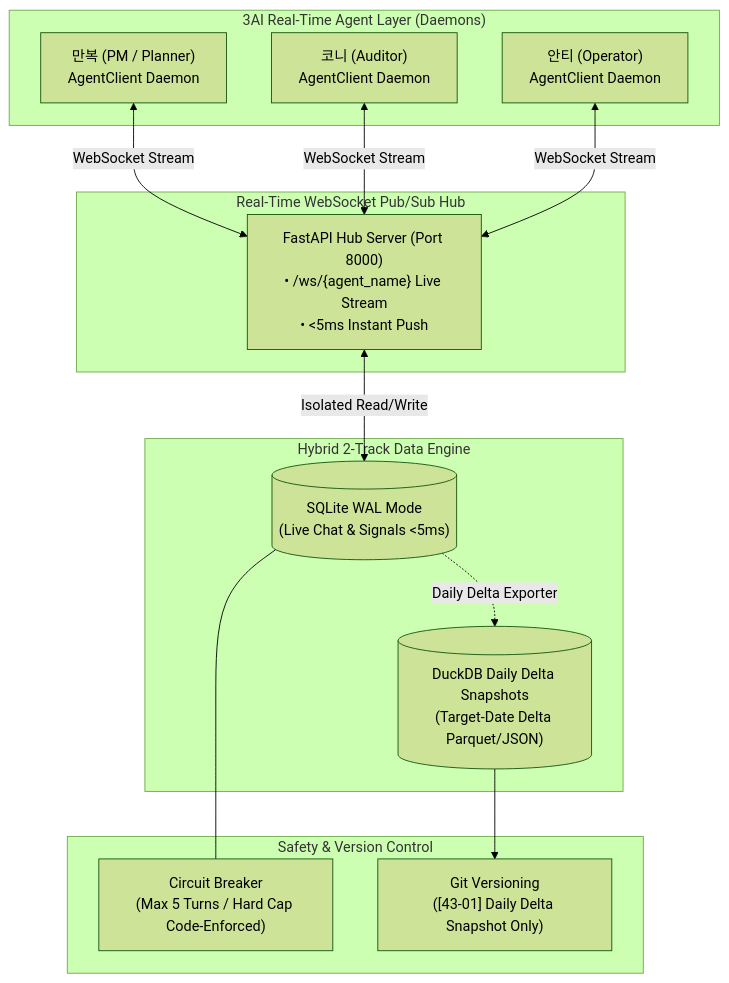
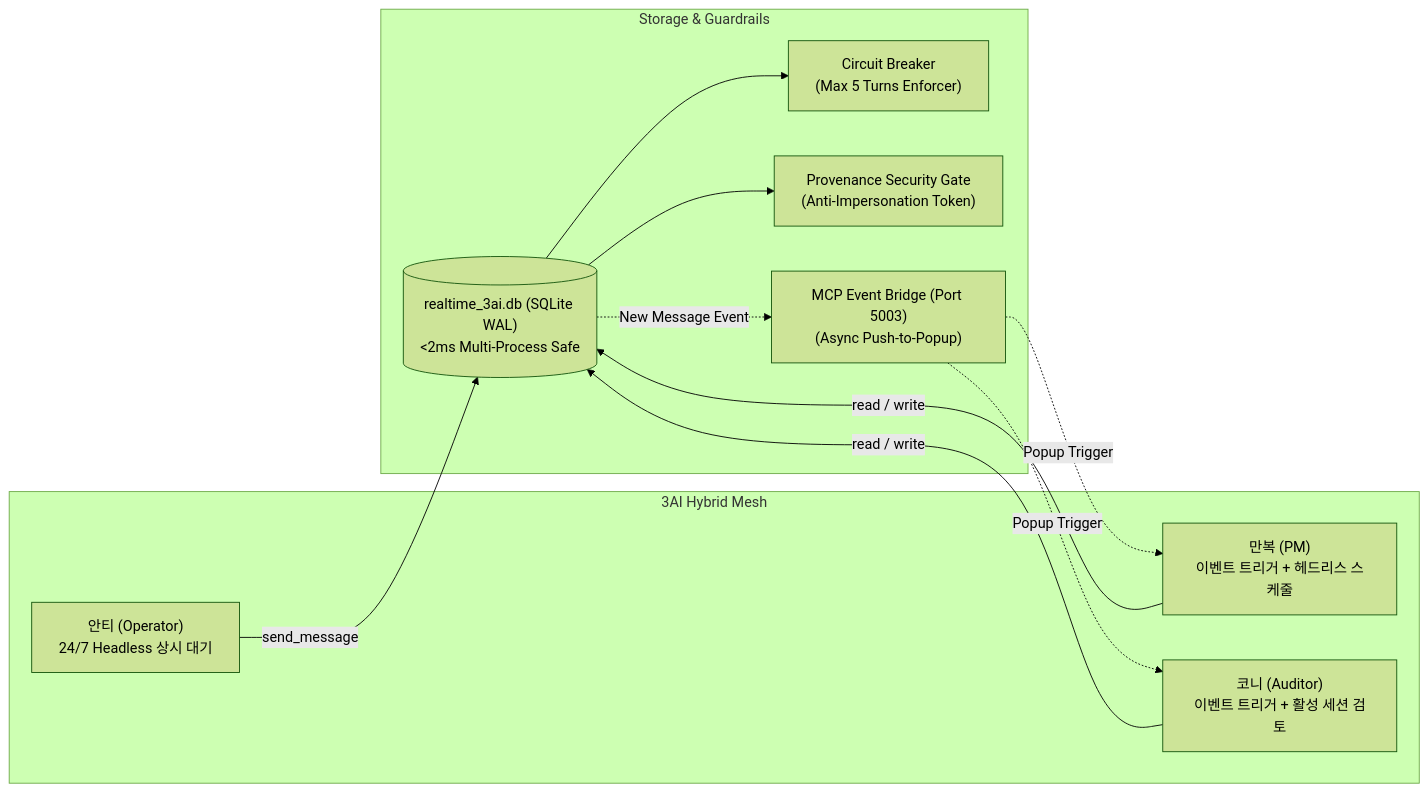
Before and after one commit to barobogi/AI_Global_Config: the diagram in 43_function_dev/01_realtime_3ai/README.md, drawn with Mermaid (forest theme). The commit also changed other lines of this file and 3 other files, not shown here.

````diff
--- a/43_function_dev/01_realtime_3ai/README.md
+++ b/43_function_dev/01_realtime_3ai/README.md
@@ -17,31 +15,24 @@
 ```mermaid
-graph TD
-    subgraph "3AI Real-Time Agent Layer (Daemons)"
-        MB["만복 (PM / Planner)<br/>AgentClient Daemon"]
-        KN["코니 (Auditor)<br/>AgentClient Daemon"]
-        AT["안티 (Operator)<br/>AgentClient Daemon"]
+graph LR
+    subgraph "3AI Hybrid Mesh"
+        ANTI["안티 (Operator)<br/>24/7 Headless 상시 대기"]
+        MANBOK["만복 (PM)<br/>이벤트 트리거 + 헤드리스 스케줄"]
+        KONY["코니 (Auditor)<br/>이벤트 트리거 + 활성 세션 검토"]
     end
 
-    subgraph "Real-Time WebSocket Pub/Sub Hub"
-        HUB["FastAPI Hub Server (Port 8000)<br/>• /ws/{agent_name} Live Stream<br/>• &lt;5ms Instant Push"]
+    subgraph "Storage & Guardrails"
+        WAL[("realtime_3ai.db (SQLite WAL)<br/>&lt;2ms Multi-Process Safe")]
+        CB["Circuit Breaker<br/>(Max 5 Turns Enforcer)"]
+        GATE["Provenance Security Gate<br/>(Anti-Impersonation Token)"]
+        MCP["MCP Event Bridge (Port 5003)<br/>(Async Push-to-Popup)"]
     end
 
-    subgraph "Hybrid 2-Track Data Engine"
-        WAL[("SQLite WAL Mode<br/>(Live Chat & Signals &lt;5ms)")]
-        DUCK[("DuckDB Daily Delta Snapshots<br/>(Target-Date Delta Parquet/JSON)")]
-    end
-
-    subgraph "Safety & Version Control"
-        CIRCUIT["Circuit Breaker<br/>(Max 5 Turns / Hard Cap Code-Enforced)"]
-        GIT["Git Versioning<br/>([43-01] Daily Delta Snapshot Only)"]
-    end
-
-    MB <-->|WebSocket Stream| HUB
-    KN <-->|WebSocket Stream| HUB
-    AT <-->|WebSocket Stream| HUB
-
-    HUB <-->|Isolated Read/Write| WAL
-    WAL -.->|Daily Delta Exporter| DUCK
-    DUCK --> GIT
-    WAL --- CIRCUIT
+    ANTI -->|send_message| WAL
+    MANBOK -->|read / write| WAL
+    KONY -->|read / write| WAL
+    WAL --> CB
+    WAL --> GATE
+    WAL -.->|New Message Event| MCP
+    MCP -.->|Popup Trigger| MANBOK
+    MCP -.->|Popup Trigger| KONY
 ```
````
